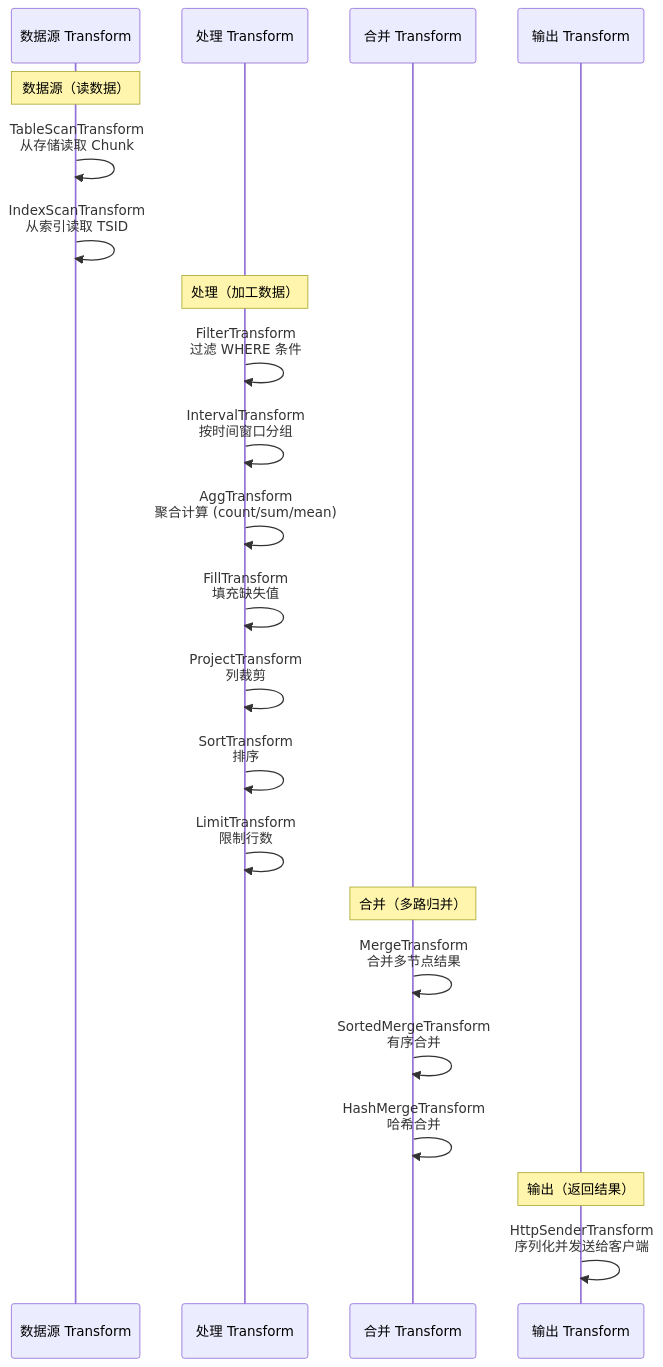
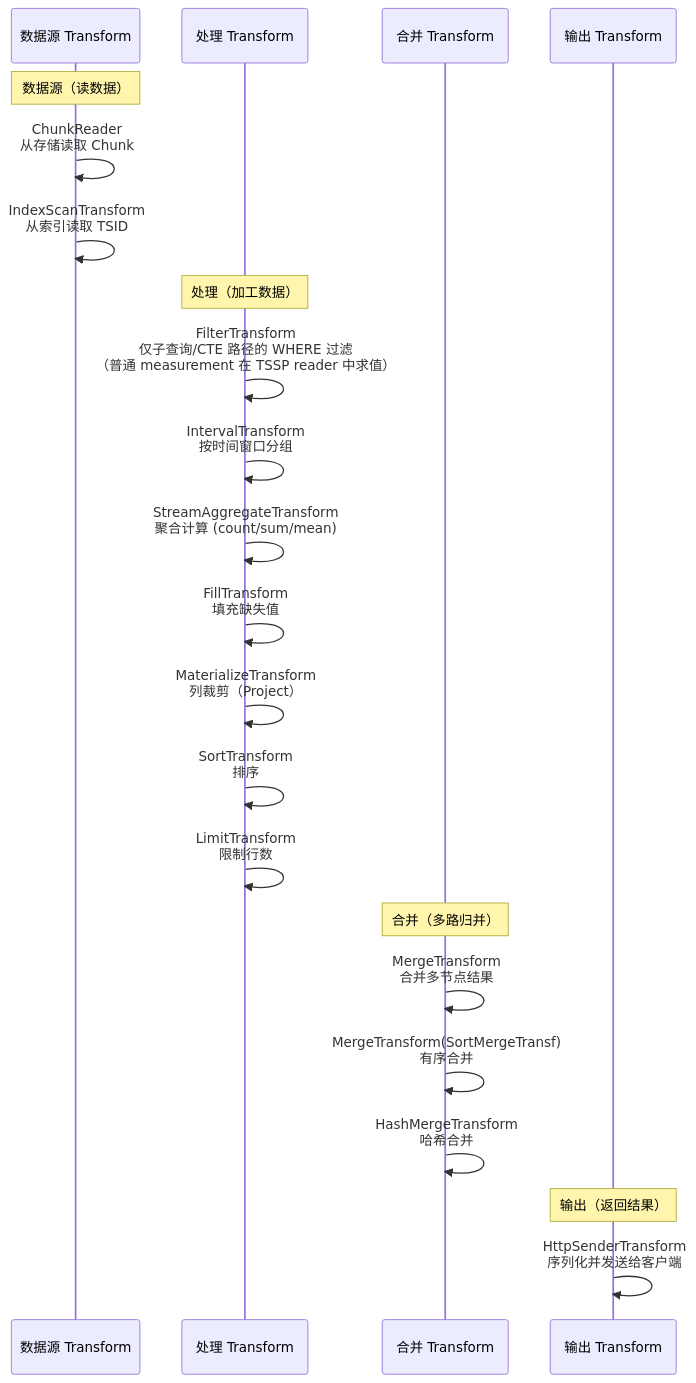
One commit to stefanv5/openGemini changed diagram 15 of 33 in docs/specs/03_query_engine_spec.md. Above: the diagram before and after it, drawn with Mermaid. The commit also changed other lines of this file and 37 other files, not shown here.

````diff
--- a/docs/specs/03_query_engine_spec.md
+++ b/docs/specs/03_query_engine_spec.md
@@ -1218,28 +1300,28 @@
 ```mermaid
 sequenceDiagram
     participant Source as 数据源 Transform
     participant Process as 处理 Transform
     participant Merge as 合并 Transform
     participant Output as 输出 Transform
 
     Note over Source: 数据源（读数据）
-    Source->>Source: TableScanTransform<br/>从存储读取 Chunk
+    Source->>Source: ChunkReader<br/>从存储读取 Chunk
     Source->>Source: IndexScanTransform<br/>从索引读取 TSID
 
     Note over Process: 处理（加工数据）
-    Process->>Process: FilterTransform<br/>过滤 WHERE 条件
+    Process->>Process: FilterTransform<br/>仅子查询/CTE 路径的 WHERE 过滤<br/>（普通 measurement 在 TSSP reader 中求值）
     Process->>Process: IntervalTransform<br/>按时间窗口分组
-    Process->>Process: AggTransform<br/>聚合计算 (count/sum/mean)
+    Process->>Process: StreamAggregateTransform<br/>聚合计算 (count/sum/mean)
     Process->>Process: FillTransform<br/>填充缺失值
-    Process->>Process: ProjectTransform<br/>列裁剪
+    Process->>Process: MaterializeTransform<br/>列裁剪（Project）
     Process->>Process: SortTransform<br/>排序
     Process->>Process: LimitTransform<br/>限制行数
 
     Note over Merge: 合并（多路归并）
     Merge->>Merge: MergeTransform<br/>合并多节点结果
-    Merge->>Merge: SortedMergeTransform<br/>有序合并
+    Merge->>Merge: MergeTransform(SortMergeTransf)<br/>有序合并
     Merge->>Merge: HashMergeTransform<br/>哈希合并
 
     Note over Output: 输出（返回结果）
     Output->>Output: HttpSenderTransform<br/>序列化并发送给客户端
 ```
````
